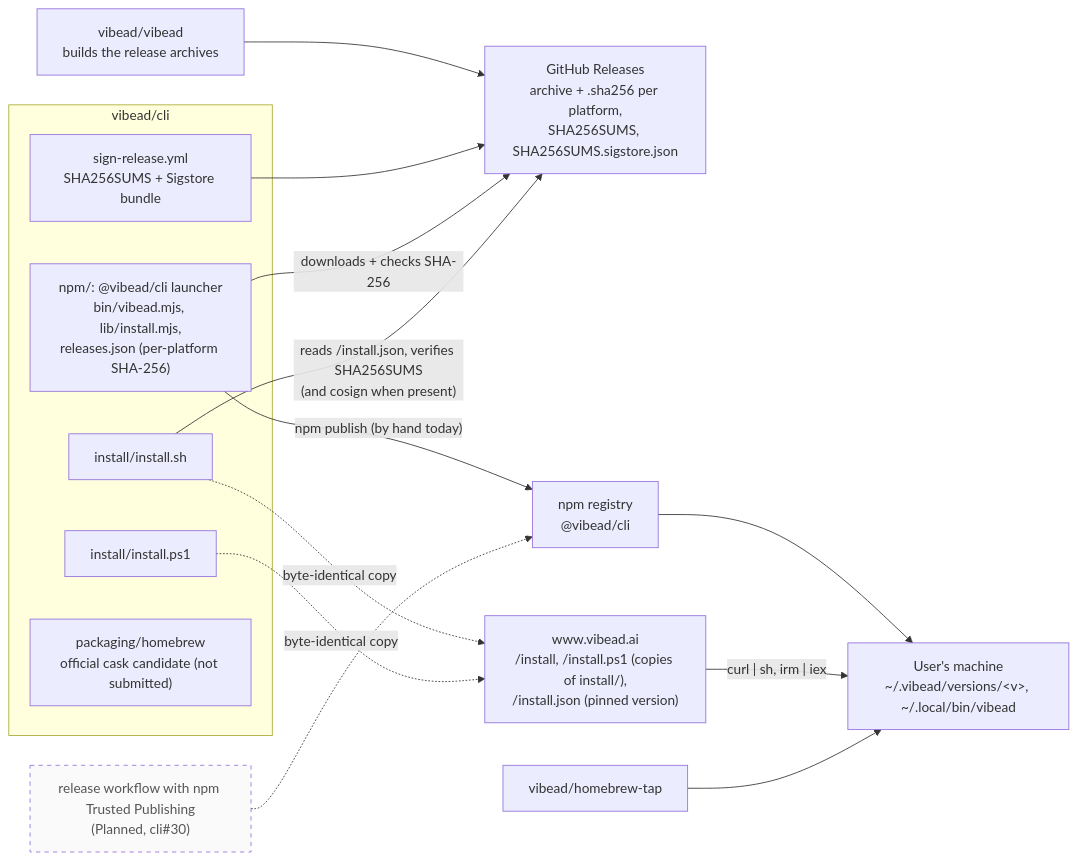
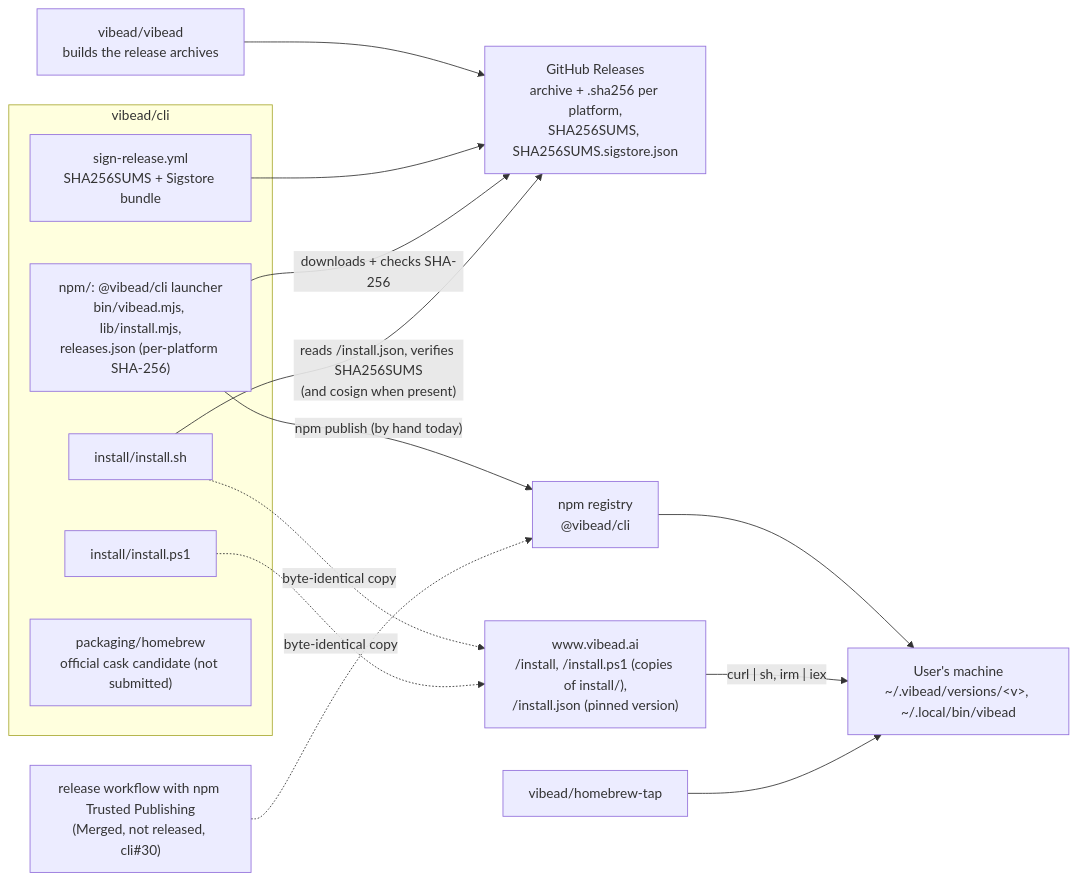
Before and after one commit to vibead/cli: the first of 2 diagrams in docs/system-design/README.md, drawn with Mermaid. The commit also changed other lines of this file, not shown here.

Commit message:
Design doc: release.yml flow (Latest only for npm_tag latest; next/beta pre-release)

````diff
--- a/docs/system-design/README.md
+++ b/docs/system-design/README.md
@@ -19,30 +19,30 @@
 ```mermaid
 flowchart LR
   subgraph Repo["vibead/cli"]
     NPM["npm/: @vibead/cli launcher<br/>bin/vibead.mjs, lib/install.mjs,<br/>releases.json (per-platform SHA-256)"]
     SH["install/install.sh"]
     PS["install/install.ps1"]
     Sign["sign-release.yml<br/>SHA256SUMS + Sigstore bundle"]
     Cask["packaging/homebrew<br/>official cask candidate (not submitted)"]
   end
   Src["vibead/vibead<br/>builds the release archives"]
   Rel["GitHub Releases<br/>archive + .sha256 per platform,<br/>SHA256SUMS, SHA256SUMS.sigstore.json"]
   Reg["npm registry<br/>@vibead/cli"]
   Tap["vibead/homebrew-tap"]
   Site["www.vibead.ai<br/>/install, /install.ps1 (copies of install/),<br/>/install.json (pinned version)"]
   User["User's machine<br/>~/.vibead/versions/&lt;v&gt;, ~/.local/bin/vibead"]
-  TP["release workflow with npm Trusted Publishing<br/>(Planned, cli#30)"]:::planned
+  TP["release workflow with npm Trusted Publishing<br/>(Merged, not released, cli#30)"]
 
   Src --> Rel
   Sign --> Rel
   NPM -- "npm publish (by hand today)" --> Reg
   TP -.-> Reg
   Reg --> User
   NPM -- "downloads + checks SHA-256" --> Rel
   Site -- "curl | sh, irm | iex" --> User
   SH -. "byte-identical copy" .-> Site
   PS -. "byte-identical copy" .-> Site
   SH -- "reads /install.json, verifies SHA256SUMS<br/>(and cosign when present)" --> Rel
   Tap --> User
   classDef planned stroke-dasharray: 5 5,fill:#fafafa,color:#555
 ```
````
